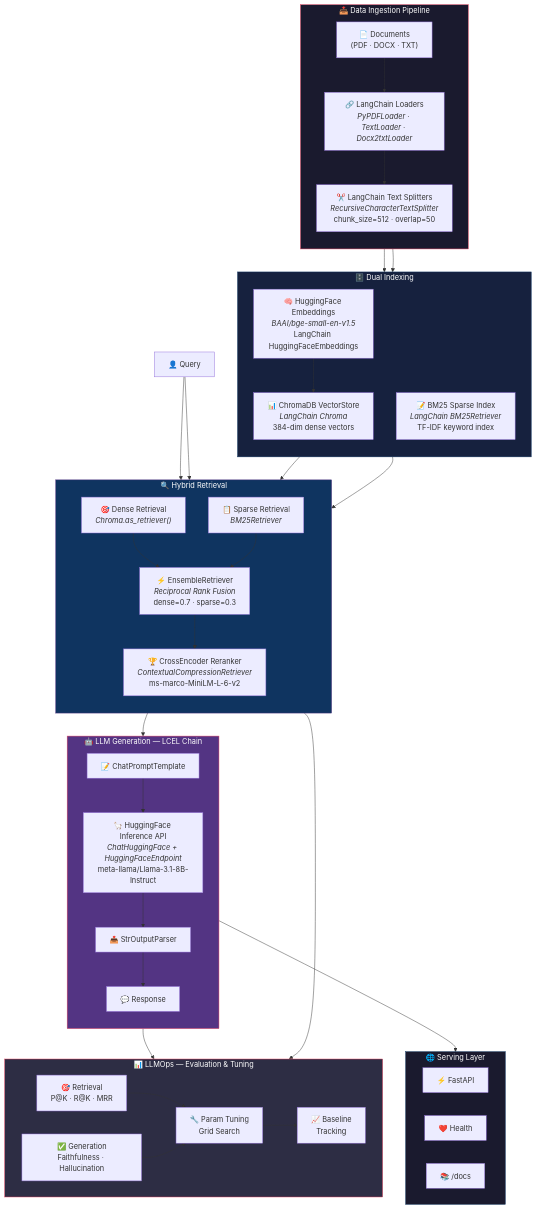
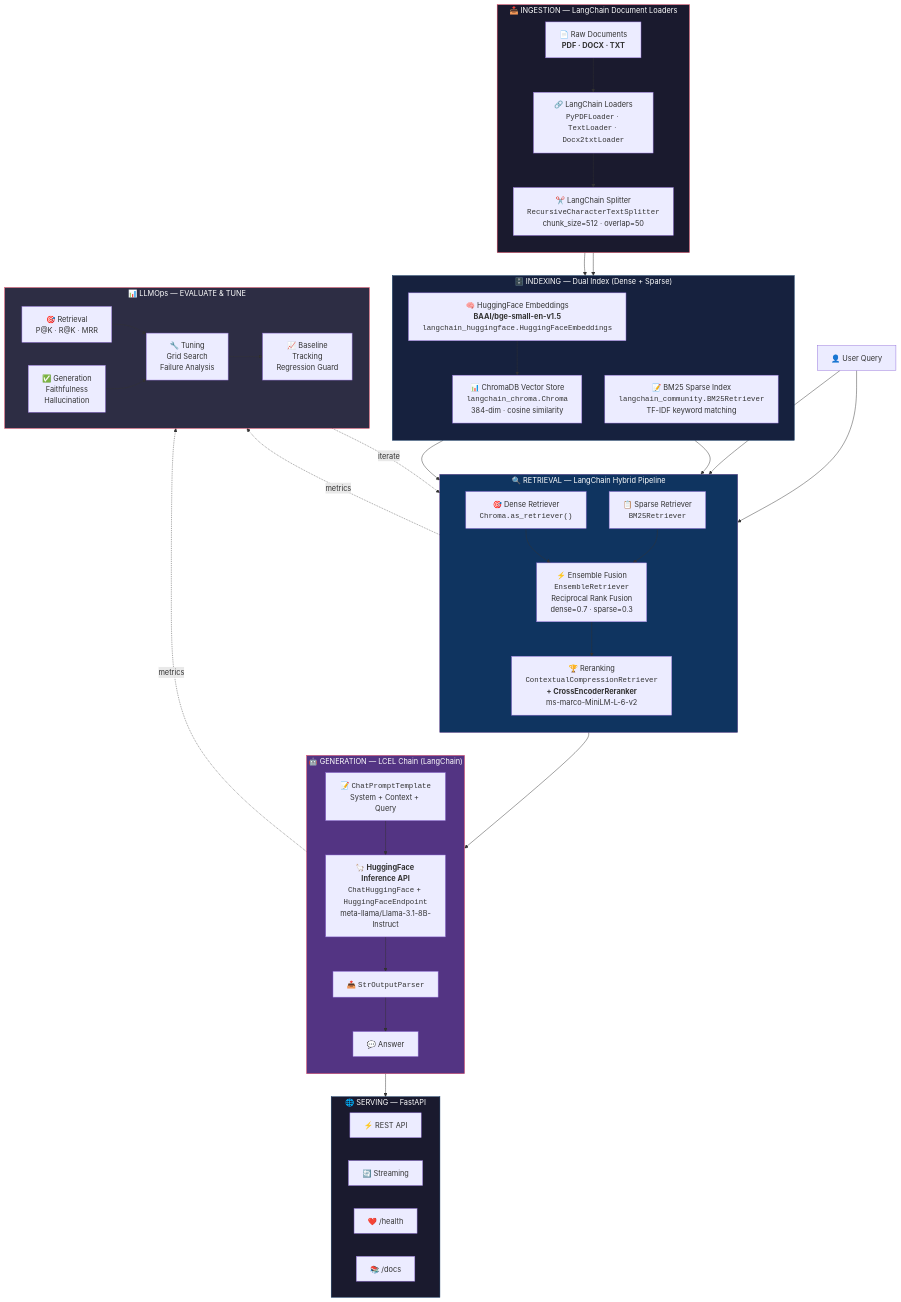
The diagram in README.md (AMINAATTAOUI/advanced-rag-system), drawn with Mermaid before and after one commit. The commit also changed other lines of this file, not shown here.

Commit message:
docs: rewrite README - HuggingFace only, LLMOps architecture, no Ollama

````diff
--- a/README.md
+++ b/README.md
@@ -22,73 +23,76 @@
 ```mermaid
 graph TB
-    subgraph INGESTION["📥 Data Ingestion Pipeline"]
+    subgraph INGEST["📥 INGESTION — LangChain Document Loaders"]
         direction TB
-        A1["📄 Documents<br/>(PDF · DOCX · TXT)"]
-        A2["🔗 LangChain Loaders<br/><i>PyPDFLoader · TextLoader · Docx2txtLoader</i>"]
-        A3["✂️ LangChain Text Splitters<br/><i>RecursiveCharacterTextSplitter</i><br/>chunk_size=512 · overlap=50"]
+        A1["📄 Raw Documents<br/><b>PDF · DOCX · TXT</b>"]
+        A2["🔗 LangChain Loaders<br/><code>PyPDFLoader</code> · <code>TextLoader</code> · <code>Docx2txtLoader</code>"]
+        A3["✂️ LangChain Splitter<br/><code>RecursiveCharacterTextSplitter</code><br/>chunk_size=512 · overlap=50"]
         A1 --> A2 --> A3
     end
 
-    subgraph INDEXING["🗄️ Dual Indexing"]
+    subgraph INDEX["🗄️ INDEXING — Dual Index (Dense + Sparse)"]
         direction TB
-        B1["🧠 HuggingFace Embeddings<br/><i>BAAI/bge-small-en-v1.5</i><br/>LangChain HuggingFaceEmbeddings"]
-        B2["📊 ChromaDB VectorStore<br/><i>LangChain Chroma</i><br/>384-dim dense vectors"]
-        B3["📝 BM25 Sparse Index<br/><i>LangChain BM25Retriever</i><br/>TF-IDF keyword index"]
-        A3 --> B1 --> B2
-        A3 --> B3
+        B1["🧠 HuggingFace Embeddings<br/><b>BAAI/bge-small-en-v1.5</b><br/><code>langchain_huggingface.HuggingFaceEmbeddings</code>"]
+        B2["📊 ChromaDB Vector Store<br/><code>langchain_chroma.Chroma</code><br/>384-dim · cosine similarity"]
+        B3["📝 BM25 Sparse Index<br/><code>langchain_community.BM25Retriever</code><br/>TF-IDF keyword matching"]
     end
 
-    subgraph RETRIEVAL["🔍 Hybrid Retrieval"]
+    subgraph RETRIEVE["🔍 RETRIEVAL — LangChain Hybrid Pipeline"]
         direction TB
-        C1["🎯 Dense Retrieval<br/><i>Chroma.as_retriever()</i>"]
-        C2["📋 Sparse Retrieval<br/><i>BM25Retriever</i>"]
-        C3["⚡ EnsembleRetriever<br/><i>Reciprocal Rank Fusion</i><br/>dense=0.7 · sparse=0.3"]
-        C4["🏆 CrossEncoder Reranker<br/><i>ContextualCompressionRetriever</i><br/>ms-marco-MiniLM-L-6-v2"]
-        B2 --> C1
-        B3 --> C2
-        C1 --> C3
-        C2 --> C3
-        C3 --> C4
+        C1["🎯 Dense Retriever<br/><code>Chroma.as_retriever()</code>"]
+        C2["📋 Sparse Retriever<br/><code>BM25Retriever</code>"]
+        C3["⚡ Ensemble Fusion<br/><code>EnsembleRetriever</code><br/>Reciprocal Rank Fusion<br/>dense=0.7 · sparse=0.3"]
+        C4["🏆 Reranking<br/><code>ContextualCompressionRetriever</code><br/><b>+ CrossEncoderReranker</b><br/>ms-marco-MiniLM-L-6-v2"]
     end
 
-    subgraph GENERATION["🤖 LLM Generation — LCEL Chain"]
+    subgraph GENERATE["🤖 GENERATION — LCEL Chain (LangChain)"]
         direction TB
-        D1["📝 ChatPromptTemplate"]
-        D2["🦙 HuggingFace Inference API<br/><i>ChatHuggingFace + HuggingFaceEndpoint</i><br/>meta-llama/Llama-3.1-8B-Instruct"]
-        D3["📤 StrOutputParser"]
-        D4["💬 Response"]
-        C4 --> D1 --> D2 --> D3 --> D4
+        D1["📝 <code>ChatPromptTemplate</code><br/>System + Context + Query"]
+        D2["🦙 <b>HuggingFace Inference API</b><br/><code>ChatHuggingFace</code> + <code>HuggingFaceEndpoint</code><br/>meta-llama/Llama-3.1-8B-Instruct"]
+        D3["📤 <code>StrOutputParser</code>"]
+        D4["💬 Answer"]
     end
 
-    subgraph EVAL["📊 LLMOps — Evaluation & Tuning"]
+    subgraph EVALUATE["📊 LLMOps — EVALUATE & TUNE"]
         direction LR
         E1["🎯 Retrieval<br/>P@K · R@K · MRR"]
-        E2["✅ Generation<br/>Faithfulness · Hallucination"]
-        E3["🔧 Param Tuning<br/>Grid Search"]
-        E4["📈 Baseline<br/>Tracking"]
+        E2["✅ Generation<br/>Faithfulness<br/>Hallucination"]
+        E3["🔧 Tuning<br/>Grid Search<br/>Failure Analysis"]
+        E4["📈 Baseline<br/>Tracking<br/>Regression Guard"]
     end
 
-    subgraph SERVE["🌐 Serving Layer"]
+    subgraph SERVE["🌐 SERVING — FastAPI"]
         direction LR
-        F1["⚡ FastAPI"]
-        F2["❤️ Health"]
-        F3["📚 /docs"]
+        F1["⚡ REST API"]
+        F2["🔄 Streaming"]
+        F3["❤️ /health"]
+        F4["📚 /docs"]
     end
 
+    A3 --> B1 --> B2
+    A3 --> B3
+    B2 --> C1
+    B3 --> C2
+    C1 --> C3
+    C2 --> C3
+    C3 --> C4
+    C4 --> D1 --> D2 --> D3 --> D4
     D4 --> F1
-    RETRIEVAL --> E1
-    GENERATION --> E2
+
+    RETRIEVE -.->|metrics| E1
+    GENERATE -.->|metrics| E2
     E1 --> E3
     E2 --> E3
     E3 --> E4
+    E4 -.->|iterate| RETRIEVE
 
-    Q["👤 Query"] --> C1
+    Q["👤 User Query"] --> C1
     Q --> C2
 
-    style INGESTION fill:#1a1a2e,stroke:#e94560,color:#fff
-    style INDEXING fill:#16213e,stroke:#0f3460,color:#fff
-    style RETRIEVAL fill:#0f3460,stroke:#533483,color:#fff
-    style GENERATION fill:#533483,stroke:#e94560,color:#fff
-    style EVAL fill:#2d2d44,stroke:#e94560,color:#fff
+    style INGEST fill:#1a1a2e,stroke:#e94560,color:#fff
+    style INDEX fill:#16213e,stroke:#0f3460,color:#fff
+    style RETRIEVE fill:#0f3460,stroke:#533483,color:#fff
+    style GENERATE fill:#533483,stroke:#e94560,color:#fff
+    style EVALUATE fill:#2d2d44,stroke:#e94560,color:#fff
     style SERVE fill:#1a1a2e,stroke:#0f3460,color:#fff
 ```
````
